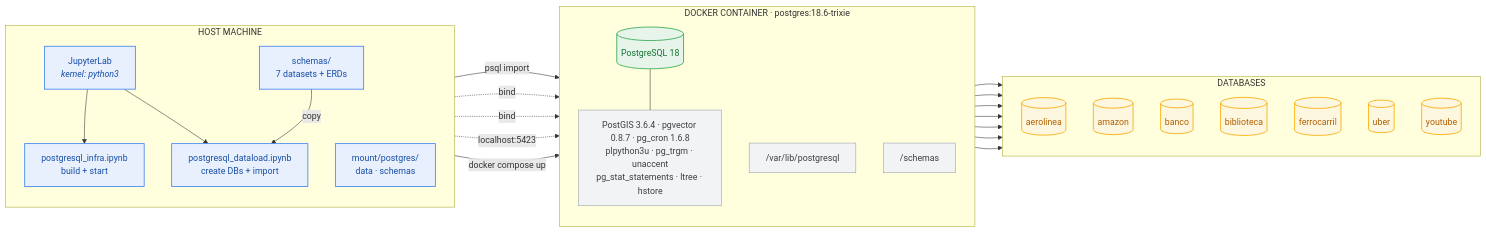
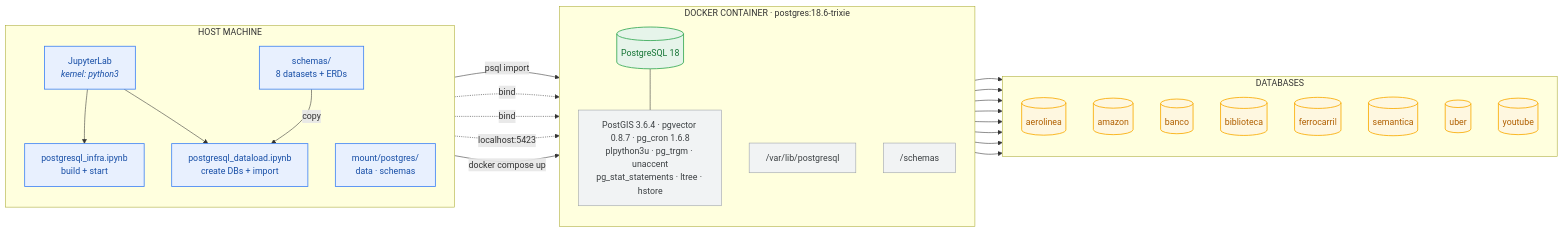
Before and after one commit to relational-dbs/labs-setup: the first of 2 diagrams in README.md, drawn with Mermaid. The commit also changed other lines of this file and 4 other files, not shown here.

````diff
--- a/README.md
+++ b/README.md
@@ -51,46 +51,47 @@
 ```mermaid
 flowchart LR
     classDef host  fill:#e8f0fe,stroke:#4285f4,stroke-width:1.5px,color:#174ea6
     classDef ctr   fill:#e6f4ea,stroke:#34a853,stroke-width:1.5px,color:#137333
     classDef db    fill:#fef7e0,stroke:#f9ab00,stroke-width:1.5px,color:#b06000
     classDef aux   fill:#f1f3f4,stroke:#9aa0a6,stroke-width:1px,color:#3c4043
 
     subgraph HOST["HOST MACHINE"]
         direction TB
         JL["JupyterLab<br/><i>kernel: python3</i>"]:::host
         INF["postgresql_infra.ipynb<br/>build + start"]:::host
         DL["postgresql_dataload.ipynb<br/>create DBs + import"]:::host
-        SRC["schemas/<br/>7 datasets + ERDs"]:::host
+        SRC["schemas/<br/>8 datasets + ERDs"]:::host
         VOL["mount/postgres/<br/>data · schemas"]:::host
     end
 
     subgraph CT["DOCKER CONTAINER · postgres:18.6-trixie"]
         direction TB
         PG[("PostgreSQL 18")]:::ctr
         EXT["PostGIS 3.6.4 · pgvector 0.8.7 · pg_cron 1.6.8<br/>plpython3u · pg_trgm · unaccent<br/>pg_stat_statements · ltree · hstore"]:::aux
         V1["/var/lib/postgresql"]:::aux
         V2["/schemas"]:::aux
     end
 
     subgraph DBS["DATABASES"]
         direction TB
         A[(aerolinea)]:::db
         B[(amazon)]:::db
         C[(banco)]:::db
         D[(biblioteca)]:::db
         G[(ferrocarril)]:::db
+        H[(semantica)]:::db
         E[(uber)]:::db
         F[(youtube)]:::db
     end
 
     JL --> INF
     JL --> DL
     SRC -->|copy| DL
     INF -->|"docker compose up"| CT
     DL -->|"psql import"| PG
     VOL -.->|bind| V1
     VOL -.->|bind| V2
     PG --- EXT
-    PG --> A & B & C & D & G & E & F
+    PG --> A & B & C & D & G & H & E & F
     JL -.->|"localhost:5423"| PG
 ```
````
